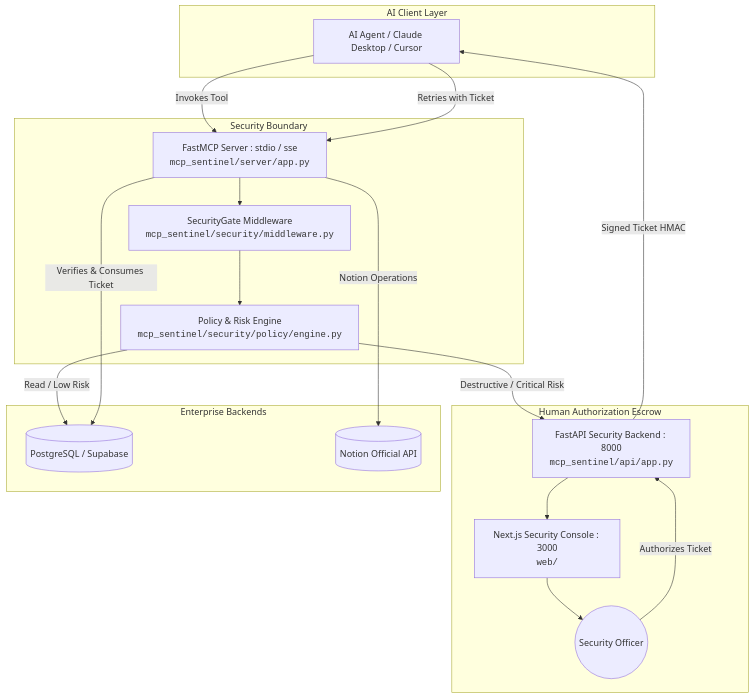
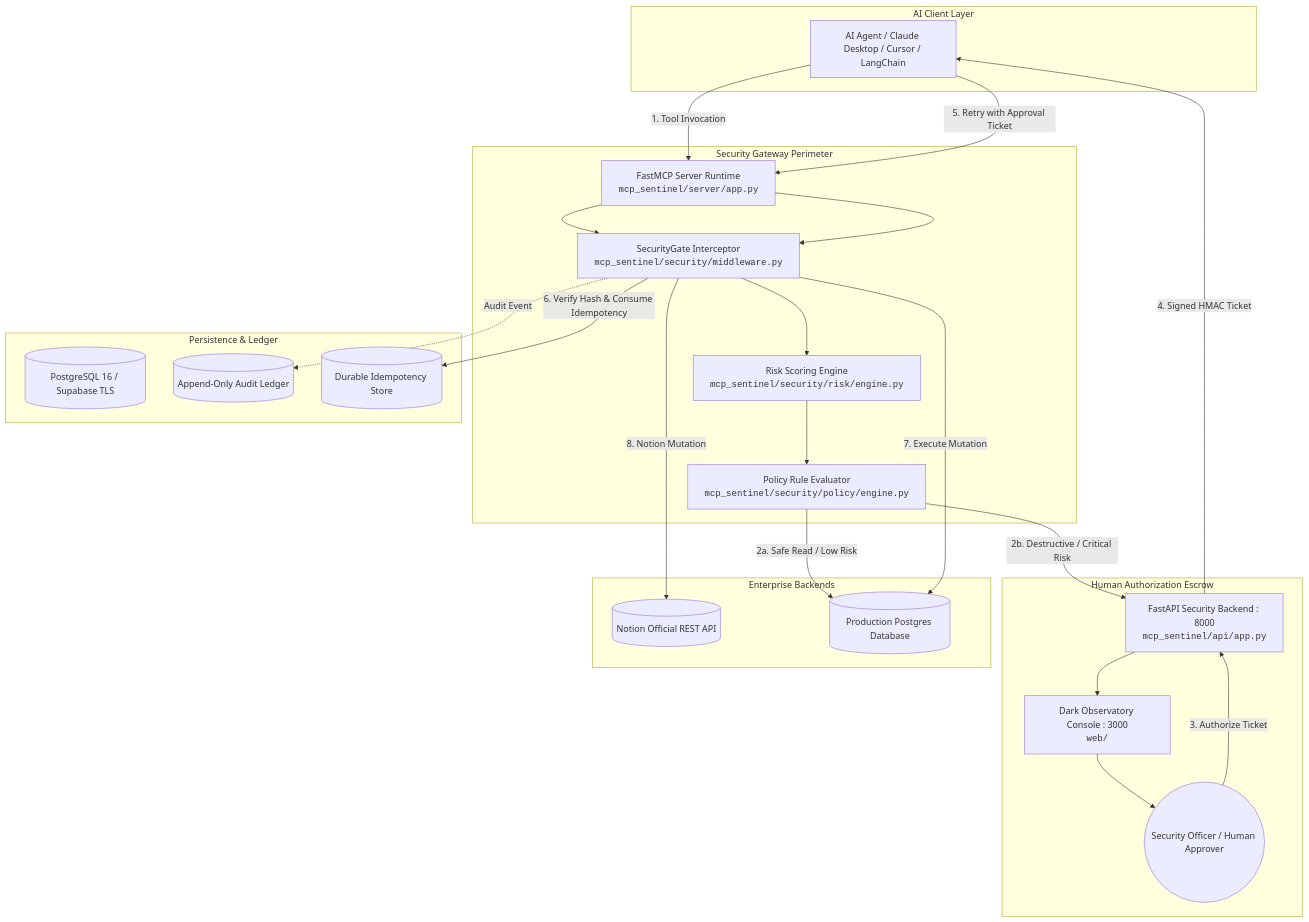
Before and after one commit to Suguda-Thakur-Marndi/MCP: the diagram in README.md, drawn with Mermaid. The commit also changed other lines of this file, not shown here.

Commit message:
docs: comprehensive update to README.md with detailed security architecture and principles

````diff
--- a/README.md
+++ b/README.md
@@ -27,36 +102,47 @@
 ```mermaid
 graph TD
     subgraph AI Client Layer
-        LLM[AI Agent / Claude Desktop / Cursor]
+        LLM[AI Agent / Claude Desktop / Cursor / LangChain]
     end
 
-    subgraph Security Boundary
-        MCP[FastMCP Server : stdio / sse<br/><code>mcp_sentinel/server/app.py</code>]
-        Gate[SecurityGate Middleware<br/><code>mcp_sentinel/security/middleware.py</code>]
-        Policy[Policy & Risk Engine<br/><code>mcp_sentinel/security/policy/engine.py</code>]
+    subgraph Security Gateway Perimeter
+        MCP[FastMCP Server Runtime<br/><code>mcp_sentinel/server/app.py</code>]
+        Gate[SecurityGate Interceptor<br/><code>mcp_sentinel/security/middleware.py</code>]
+        Risk[Risk Scoring Engine<br/><code>mcp_sentinel/security/risk/engine.py</code>]
+        Policy[Policy Rule Evaluator<br/><code>mcp_sentinel/security/policy/engine.py</code>]
     end
 
     subgraph Human Authorization Escrow
         API[FastAPI Security Backend : 8000<br/><code>mcp_sentinel/api/app.py</code>]
-        Console[Next.js Security Console : 3000<br/><code>web/</code>]
-        Human((Security Officer))
+        Console[Dark Observatory Console : 3000<br/><code>web/</code>]
+        Officer((Security Officer / Human Approver))
+    end
+
+    subgraph Persistence & Ledger
+        DB[(PostgreSQL 16 / Supabase TLS)]
+        Audit[(Append-Only Audit Ledger)]
+        Idemp[(Durable Idempotency Store)]
     end
 
     subgraph Enterprise Backends
-        PG[(PostgreSQL / Supabase)]
-        Notion[(Notion Official API)]
+        Notion[(Notion Official REST API)]
+        PostgresDB[(Production Postgres Database)]
     end
 
-    LLM -->|Invokes Tool| MCP
+    LLM -->|1. Tool Invocation| MCP
     MCP --> Gate
-    Gate --> Policy
-    Policy -->|Read / Low Risk| PG
-    Policy -->|Destructive / Critical Risk| API
+    Gate --> Risk
+    Risk --> Policy
+    Policy -->|2a. Safe Read / Low Risk| PostgresDB
+    Policy -->|2b. Destructive / Critical Risk| API
     API --> Console
-    Console --> Human
-    Human -->|Authorizes Ticket| API
-    API -->|Signed Ticket HMAC| LLM
-    LLM -->|Retries with Ticket| MCP
-    MCP -->|Verifies & Consumes Ticket| PG
-    MCP -->|Notion Operations| Notion
+    Console --> Officer
+    Officer -->|3. Authorize Ticket| API
+    API -->|4. Signed HMAC Ticket| LLM
+    LLM -->|5. Retry with Approval Ticket| MCP
+    MCP --> Gate
+    Gate -->|6. Verify Hash & Consume Idempotency| Idemp
+    Gate -->|7. Execute Mutation| PostgresDB
+    Gate -->|8. Notion Mutation| Notion
+    Gate -.->|Audit Event| Audit
 ```
````
